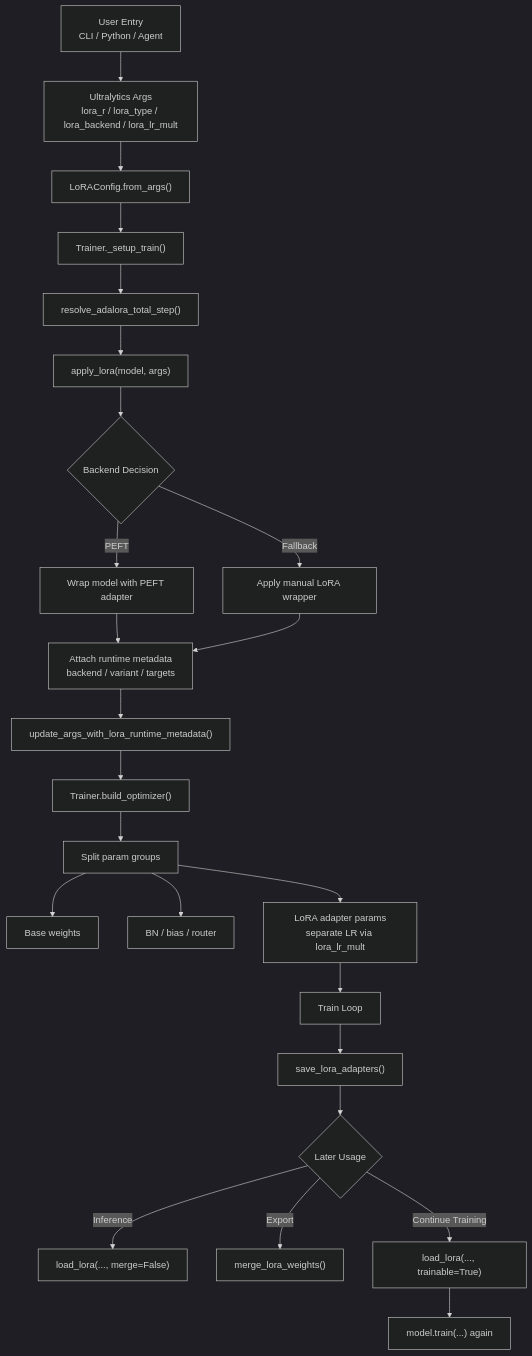
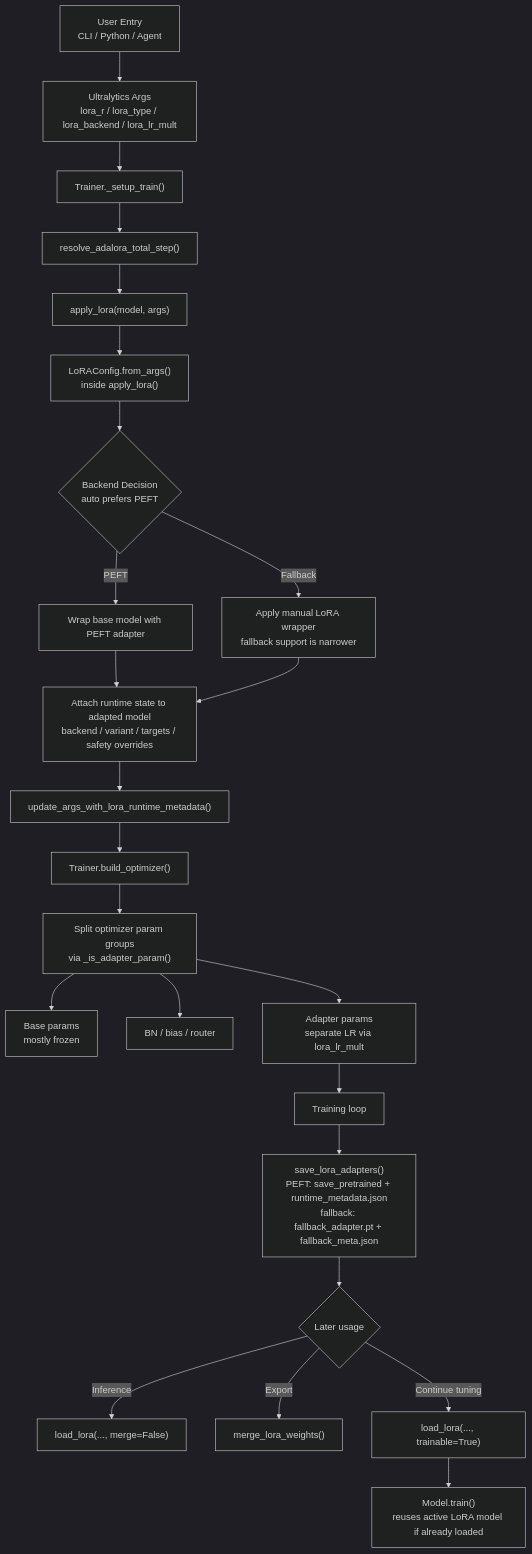
Before and after one commit to Tencent/YOLO-Master: the diagram in ultralytics/utils/lora/README.md, drawn with Mermaid (dark theme). The commit also changed 1 other file, not shown here.

Commit message:
Refine LoRA integration diagrams

````diff
--- a/ultralytics/utils/lora/README.md
+++ b/ultralytics/utils/lora/README.md
@@ -49,33 +49,33 @@
 ```mermaid
 flowchart TD
     A["User Entry<br/>CLI / Python / Agent"] --> B["Ultralytics Args<br/>lora_r / lora_type / lora_backend / lora_lr_mult"]
-    B --> C["LoRAConfig.from_args()"]
-    C --> D["Trainer._setup_train()"]
+    B --> D["Trainer._setup_train()"]
 
     D --> E["resolve_adalora_total_step()"]
     E --> F["apply_lora(model, args)"]
+    F --> F1["LoRAConfig.from_args()<br/>inside apply_lora()"]
 
-    F --> G{"Backend Decision"}
-    G -->|PEFT| H["Wrap model with PEFT adapter"]
-    G -->|Fallback| I["Apply manual LoRA wrapper"]
+    F1 --> G{"Backend Decision<br/>auto prefers PEFT"}
+    G -->|PEFT| H["Wrap base model with PEFT adapter"]
+    G -->|Fallback| I["Apply manual LoRA wrapper<br/>fallback support is narrower"]
 
-    H --> J["Attach runtime metadata<br/>backend / variant / targets"]
+    H --> J["Attach runtime state to adapted model<br/>backend / variant / targets / safety overrides"]
     I --> J
 
     J --> K["update_args_with_lora_runtime_metadata()"]
     K --> L["Trainer.build_optimizer()"]
 
-    L --> M["Split param groups"]
-    M --> M1["Base weights"]
+    L --> M["Split optimizer param groups<br/>via _is_adapter_param()"]
+    M --> M1["Base params<br/>mostly frozen"]
     M --> M2["BN / bias / router"]
-    M --> M3["LoRA adapter params<br/>separate LR via lora_lr_mult"]
+    M --> M3["Adapter params<br/>separate LR via lora_lr_mult"]
 
-    M3 --> N["Train Loop"]
-    N --> O["save_lora_adapters()"]
+    M3 --> N["Training loop"]
+    N --> O["save_lora_adapters()<br/>PEFT: save_pretrained + runtime_metadata.json<br/>fallback: fallback_adapter.pt + fallback_meta.json"]
 
-    O --> P{"Later Usage"}
+    O --> P{"Later usage"}
     P -->|Inference| Q["load_lora(..., merge=False)"]
     P -->|Export| R["merge_lora_weights()"]
-    P -->|Continue Training| S["load_lora(..., trainable=True)"]
-    S --> T["model.train(...) again"]
+    P -->|Continue tuning| S["load_lora(..., trainable=True)"]
+    S --> T["Model.train()<br/>reuses active LoRA model if already loaded"]
 ```
````
